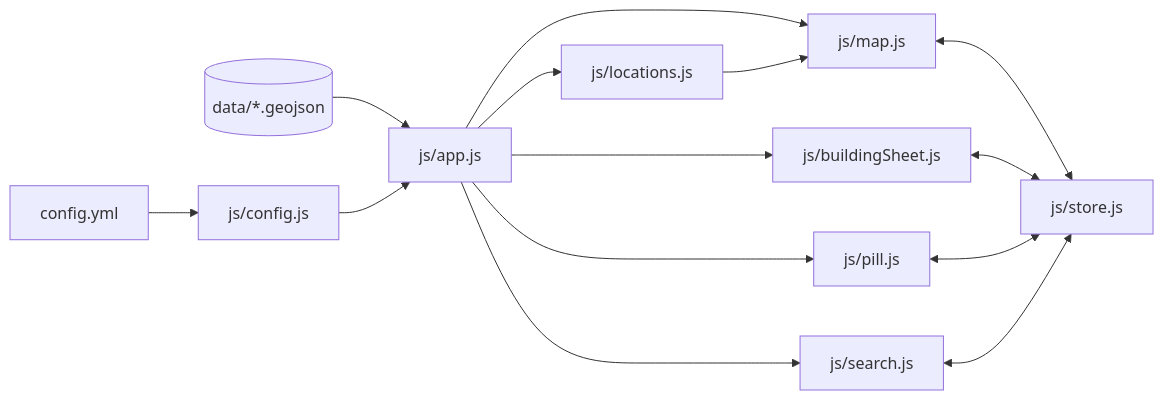
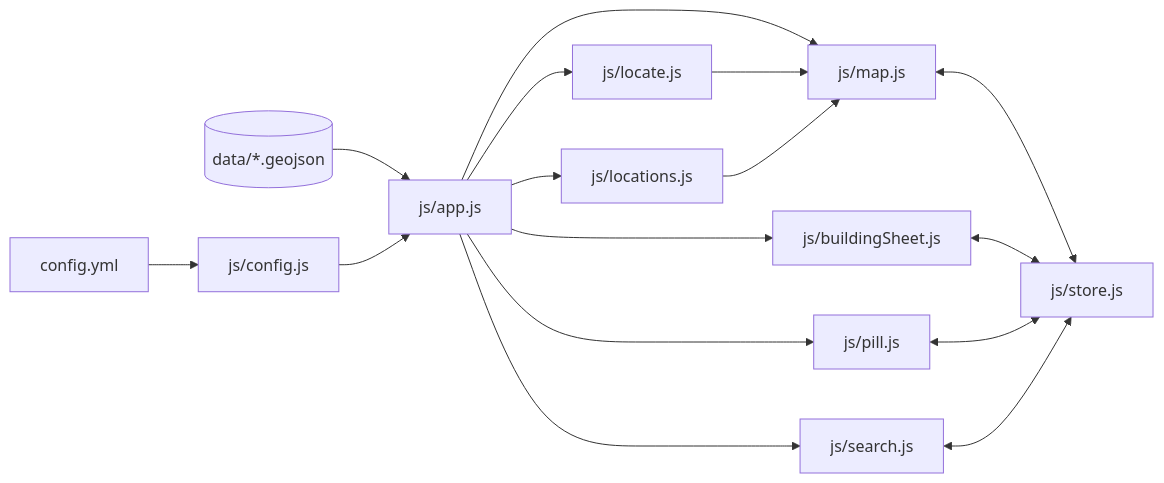
The diagram in docs/ARCHITECTURE.md (Cloxeer/BMEPMNDYTest), drawn with Mermaid before and after one commit. The commit also changed other lines of this file and 15 other files, not shown here.

````diff
--- a/docs/ARCHITECTURE.md
+++ b/docs/ARCHITECTURE.md
@@ -9,16 +9,18 @@
 ```mermaid
 flowchart LR
     yml[config.yml] --> config[js/config.js]
     data[(data/*.geojson)] --> app[js/app.js]
     config --> app
     app --> map[js/map.js]
     app --> sheet[js/buildingSheet.js]
     app --> pill[js/pill.js]
     app --> search[js/search.js]
     app --> locations[js/locations.js]
+    app --> locate[js/locate.js]
+    locate --> map
     map <--> store[js/store.js]
     sheet <--> store
     pill <--> store
     search <--> store
     locations --> map
 ```
````
